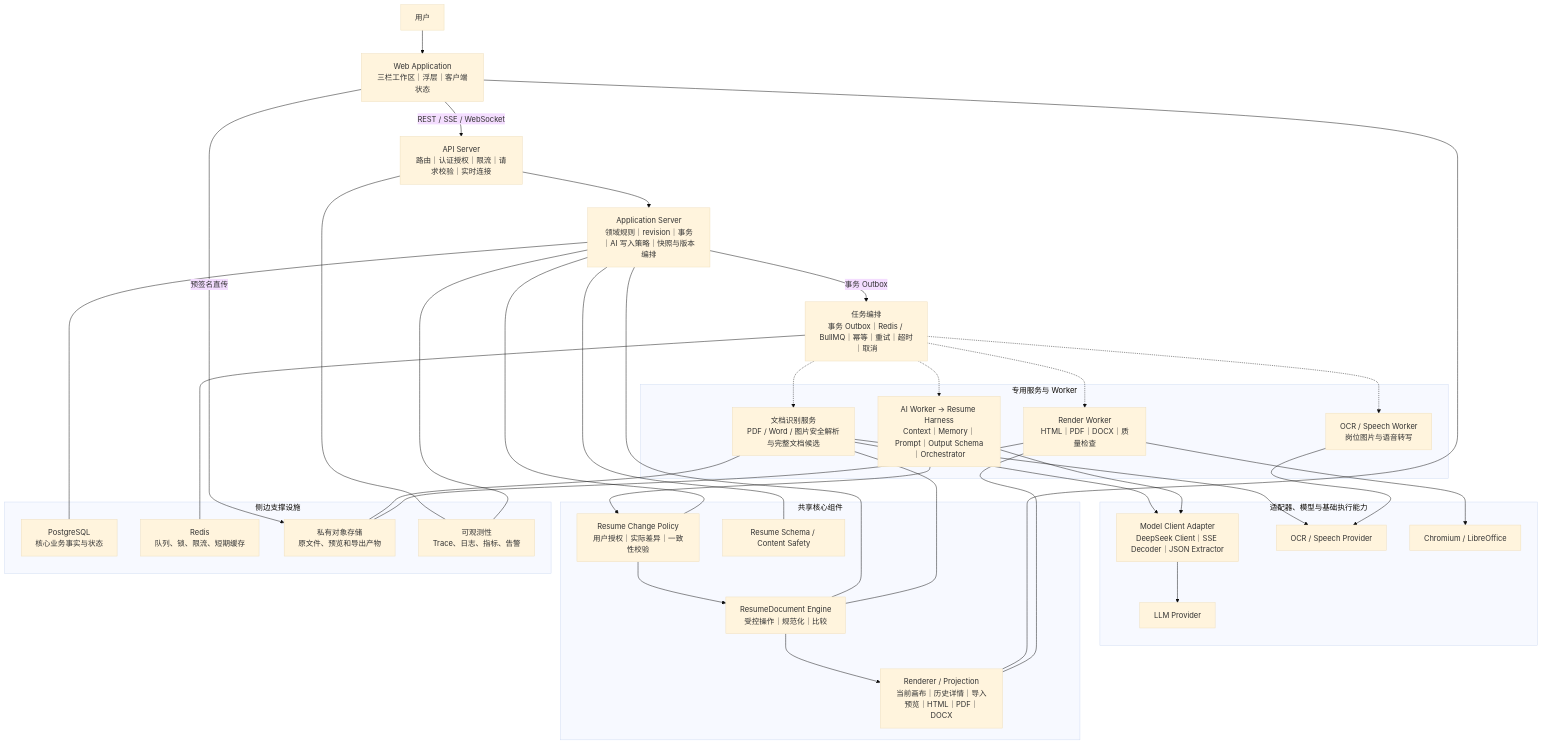
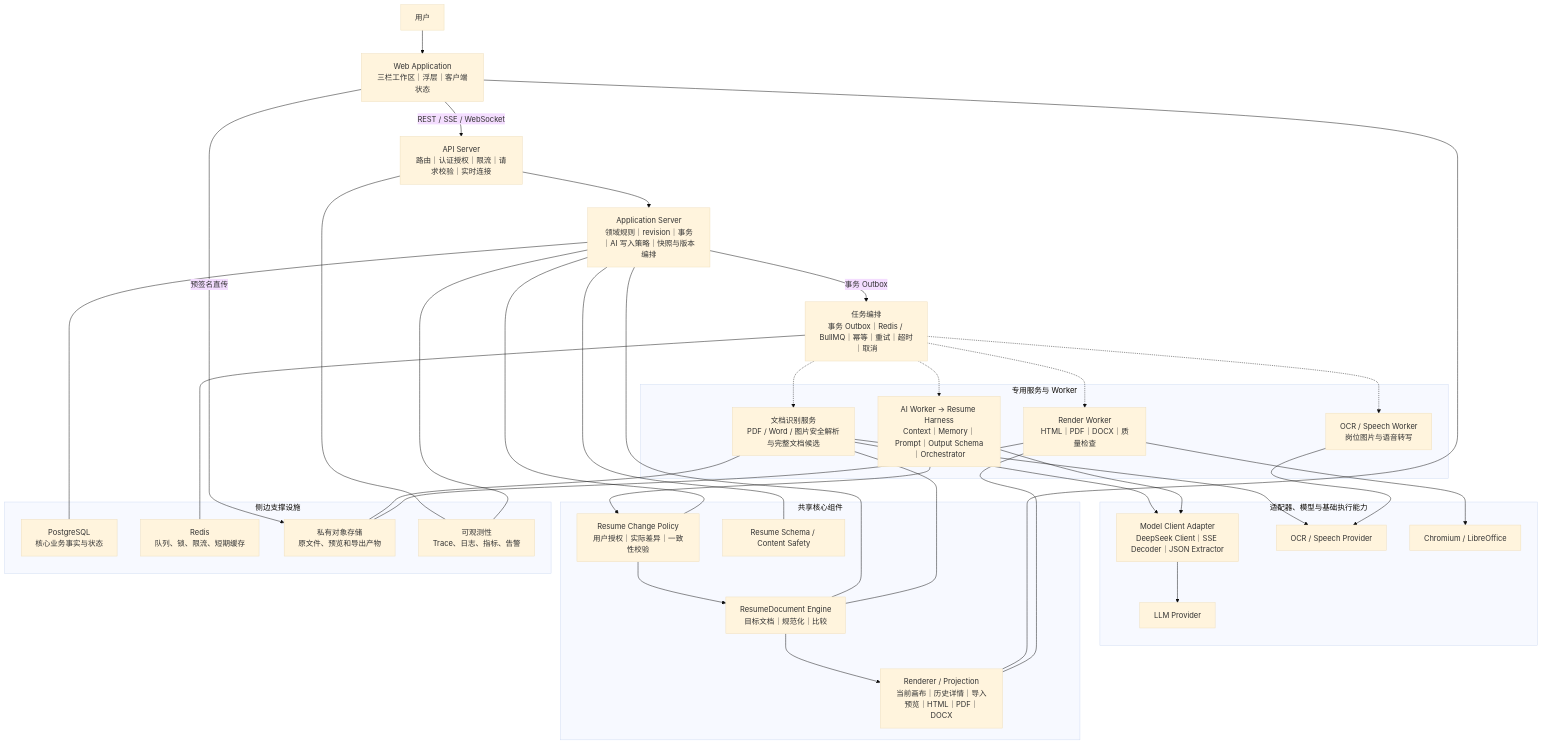
Before and after one commit to SwinBlackSea/resume: the diagram in TECH.md, drawn with Mermaid (base theme). The commit also changed other lines of this file and 30 other files, not shown here.

````diff
--- a/TECH.md
+++ b/TECH.md
@@ -100,64 +108,64 @@
 ```mermaid
 flowchart TB
     User["用户"]
     Web["Web Application<br/>三栏工作区｜浮层｜客户端状态"]
     API["API Server<br/>路由｜认证授权｜限流｜请求校验｜实时连接"]
     App["Application Server<br/>领域规则｜revision｜事务｜AI 写入策略｜快照与版本编排"]
     Orchestrator["任务编排<br/>事务 Outbox｜Redis / BullMQ｜幂等｜重试｜超时｜取消"]
 
     subgraph Execution["专用服务与 Worker"]
         Recognition["文档识别服务<br/>PDF / Word / 图片安全解析与完整文档候选"]
         OCRWorker["OCR / Speech Worker<br/>岗位图片与语音转写"]
         AIWorker["AI Worker → Resume Harness<br/>Context｜Memory｜Prompt｜Output Schema｜Orchestrator"]
         RenderWorker["Render Worker<br/>HTML｜PDF｜DOCX｜质量检查"]
     end
 
     subgraph Runtime["适配器、模型与基础执行能力"]
         ModelClient["Model Client Adapter<br/>DeepSeek Client｜SSE Decoder｜JSON Extractor"]
         LLM["LLM Provider"]
         OCRProvider["OCR / Speech Provider"]
         DocumentRuntime["Chromium / LibreOffice"]
     end
 
     subgraph SharedCore["共享核心组件"]
         ChangePolicy["Resume Change Policy<br/>用户授权｜实际差异｜一致性校验"]
-        ResumeDocument["ResumeDocument Engine<br/>受控操作｜规范化｜比较"]
+        ResumeDocument["ResumeDocument Engine<br/>目标文档｜规范化｜比较"]
         Renderer["Renderer / Projection<br/>当前画布｜历史详情｜导入预览｜HTML｜PDF｜DOCX"]
         ResumeSchema["Resume Schema / Content Safety"]
     end
 
     subgraph Support["侧边支撑设施"]
         PostgreSQL["PostgreSQL<br/>核心业务事实与状态"]
         Redis["Redis<br/>队列、锁、限流、短期缓存"]
         ObjectStore["私有对象存储<br/>原文件、预览和导出产物"]
         Observability["可观测性<br/>Trace、日志、指标、告警"]
     end
 
     User --> Web -->|"REST / SSE / WebSocket"| API --> App
     App -->|"事务 Outbox"| Orchestrator
     Orchestrator -.-> Recognition
     Orchestrator -.-> OCRWorker
     Orchestrator -.-> AIWorker
     Orchestrator -.-> RenderWorker
 
     Recognition --> ModelClient
     Recognition --> OCRProvider
     OCRWorker --> OCRProvider
     AIWorker --> ModelClient --> LLM
     AIWorker --> ChangePolicy --> ResumeDocument --> Renderer
     RenderWorker --> DocumentRuntime
 
     App --- PostgreSQL
     Orchestrator --- Redis
     Web -->|"预签名直传"| ObjectStore
     Recognition --- ObjectStore
     RenderWorker --- ObjectStore
     API --- Observability
     App --- Observability
     Web --- Renderer
     App --- ResumeDocument
     App --- ChangePolicy
     App --- ResumeSchema
     Recognition --- ResumeDocument
     RenderWorker --- Renderer
 ```
````
